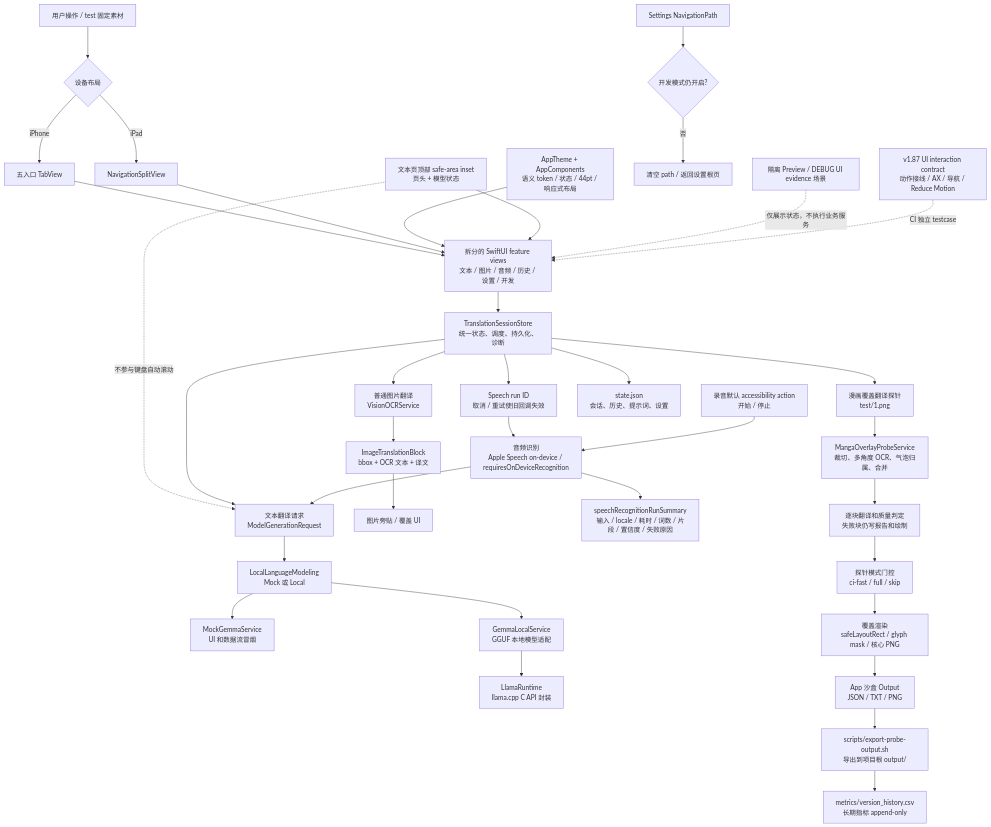
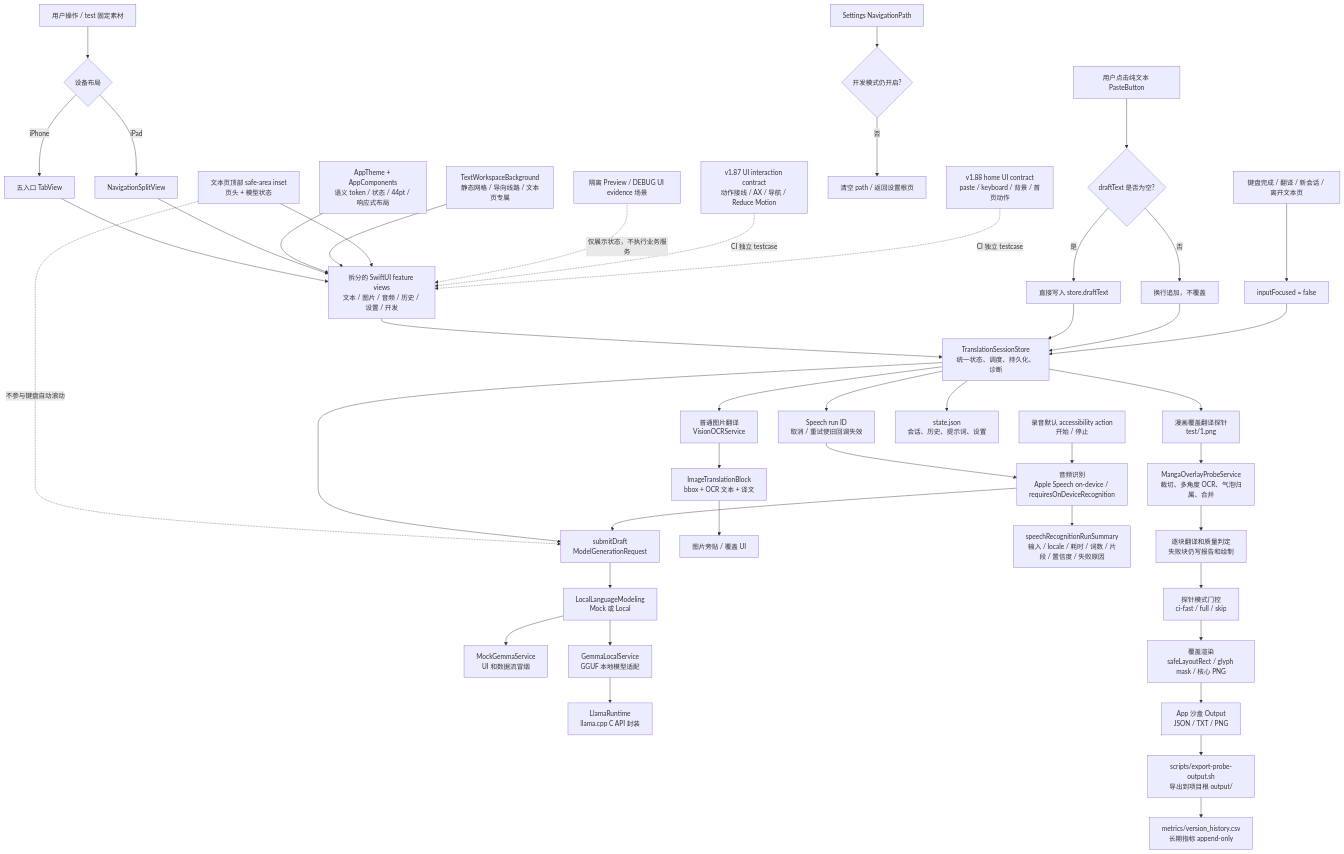
One commit to bengzhu/project1_lgbt_naxida changed the first of 3 diagrams in md/flow/flowchart.md. Above: the diagram before and after it, drawn with Mermaid. The commit also changed 12 other files, not shown here.

Commit message:
feat(ui): rebuild text translation workspace

````diff
--- a/md/flow/flowchart.md
+++ b/md/flow/flowchart.md
@@ -7,52 +7,61 @@
 ```mermaid
 flowchart TD
   %% 用户入口：文本、图片、音频、开发页探针
   A["用户操作 / test 固定素材"] --> NAV{"设备布局"}
   NAV -->|"iPhone"| TAB["五入口 TabView"]
   NAV -->|"iPad"| SPLIT["NavigationSplitView"]
   TAB --> B["拆分的 SwiftUI feature views<br/>文本 / 图片 / 音频 / 历史 / 设置 / 开发"]
   SPLIT --> B
   DS["AppTheme + AppComponents<br/>语义 token / 状态 / 44pt / 响应式布局"] --> B
+  TWB["TextWorkspaceBackground<br/>静态网格 / 导向线路 / 文本页专属"] --> B
   SH["文本页顶部 safe-area inset<br/>页头 + 模型状态"] --> B
   SH -. "不参与键盘自动滚动" .-> D
 
   %% 状态中心：所有业务动作统一进入 store
   B --> C["TranslationSessionStore<br/>统一状态、调度、持久化、诊断"]
 
   %% 文本翻译分支：普通用户输入
-  C --> D["文本翻译请求<br/>ModelGenerationRequest"]
+  PASTE["用户点击纯文本 PasteButton"] --> APPEND{"draftText 是否为空?"}
+  APPEND -->|"是"| FILL["直接写入 store.draftText"]
+  APPEND -->|"否"| ADD["换行追加，不覆盖"]
+  FILL --> C
+  ADD --> C
+  DONE["键盘完成 / 翻译 / 新会话 / 离开文本页"] --> FOCUS["inputFocused = false"]
+  FOCUS --> C
+  C --> D["submitDraft<br/>ModelGenerationRequest"]
   D --> E["LocalLanguageModeling<br/>Mock 或 Local"]
   E --> F["MockGemmaService<br/>UI 和数据流冒烟"]
   E --> G["GemmaLocalService<br/>GGUF 本地模型适配"]
   G --> H["LlamaRuntime<br/>llama.cpp C API 封装"]
 
   %% 图片 OCR 分支：普通图片翻译
   C --> I["普通图片翻译<br/>VisionOCRService"]
   I --> J["ImageTranslationBlock<br/>bbox + OCR 文本 + 译文"]
   J --> K["图片旁贴 / 覆盖 UI"]
 
   %% 音频分支：Apple 本机语音识别
   C --> LR["Speech run ID<br/>取消 / 重试使旧回调失效"]
   LR --> L["音频识别<br/>Apple Speech on-device / requiresOnDeviceRecognition"]
   L --> LV["speechRecognitionRunSummary<br/>输入 / locale / 耗时 / 词数 / 片段 / 置信度 / 失败原因"]
   AX["录音默认 accessibility action<br/>开始 / 停止"] --> L
   L --> D
 
   SETTINGS["Settings NavigationPath"] --> DEVRESET{"开发模式仍开启?"}
   DEVRESET -->|"否"| SETTINGSROOT["清空 path / 返回设置根页"]
 
   %% 漫画探针分支：固定 test/1.png
   C --> M["漫画覆盖翻译探针<br/>test/1.png"]
   M --> N["MangaOverlayProbeService<br/>裁切、多角度 OCR、气泡归属、合并"]
   N --> O["逐块翻译和质量判定<br/>失败块仍写报告和绘制"]
   O --> P["探针模式门控<br/>ci-fast / full / skip"]
   P --> Q["覆盖渲染<br/>safeLayoutRect / glyph mask / 核心 PNG"]
 
   %% 输出：持久化和调试产物
   C --> R["state.json<br/>会话、历史、提示词、设置"]
   PREVIEW["隔离 Preview / DEBUG UI evidence 场景"] -. "仅展示状态，不执行业务服务" .-> B
   CONTRACT["v1.87 UI interaction contract<br/>动作接线 / AX / 导航 / Reduce Motion"] -. "CI 独立 testcase" .-> B
+  HOME_CONTRACT["v1.88 home UI contract<br/>paste / keyboard / 背景 / 首页动作"] -. "CI 独立 testcase" .-> B
   Q --> S["App 沙盒 Output<br/>JSON / TXT / PNG"]
   S --> T["scripts/export-probe-output.sh<br/>导出到项目根 output/"]
   T --> U["metrics/version_history.csv<br/>长期指标 append-only"]
 ```
````
